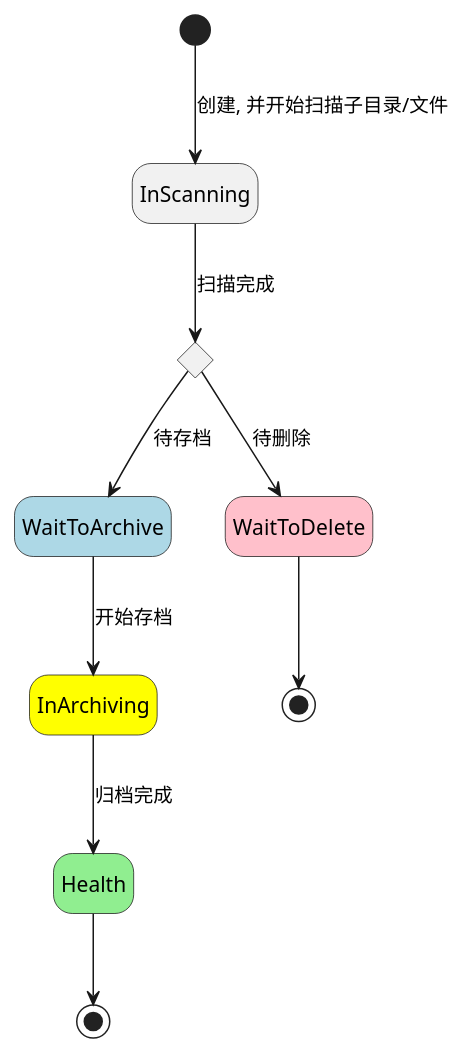
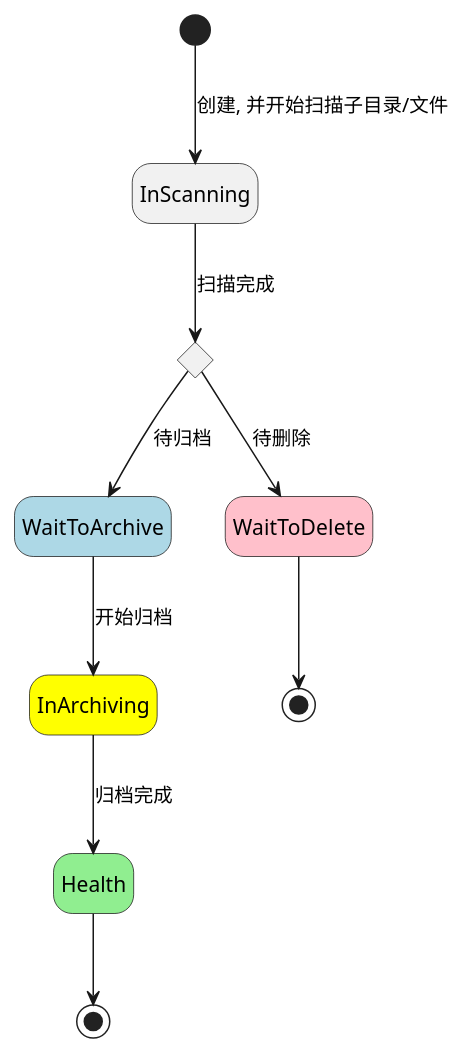
Before and after one commit to cc01cc/OneArchive: the second of 3 diagrams in docs/02-详细设计-03-数据记录状态设计.md, drawn with PlantUML. The commit also changed other lines of this file and 147 other files, not shown here.

````diff
--- a/docs/02-详细设计-03-数据记录状态设计.md
+++ b/docs/02-详细设计-03-数据记录状态设计.md
@@ -60,28 +60,28 @@
 ```plantuml
 @startuml
 hide empty description
 ' 状态定义
 state "WaitToArchive" as WaitToArchive #lightblue
 state "InArchiving" as InArchiving #yellow
 state "Health" as Health #lightgreen
 state "WaitToDelete" as WaitToDelete #pink
 
 state scanComplete <<choice>>
 state end1 <<end>>
 state end2 <<end>>
 
 [*] -->  InScanning : 创建, 并开始扫描子目录/文件
 InScanning --> scanComplete: 扫描完成
 ' scanComplete --> Health : 无变更
 
-scanComplete -->WaitToArchive : 待存档
-WaitToArchive --> InArchiving : 开始存档
+scanComplete -->WaitToArchive : 待归档
+WaitToArchive --> InArchiving : 开始归档
 InArchiving --> Health : 归档完成
 
 scanComplete --> WaitToDelete : 待删除
 WaitToDelete --> end1
 
 Health --> end2
 
 @enduml
 ```
````
